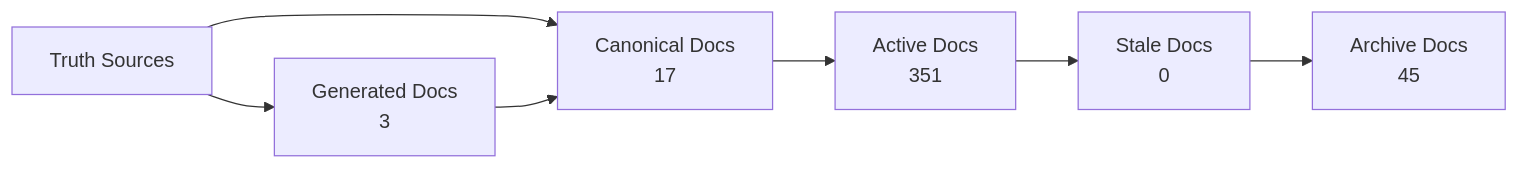
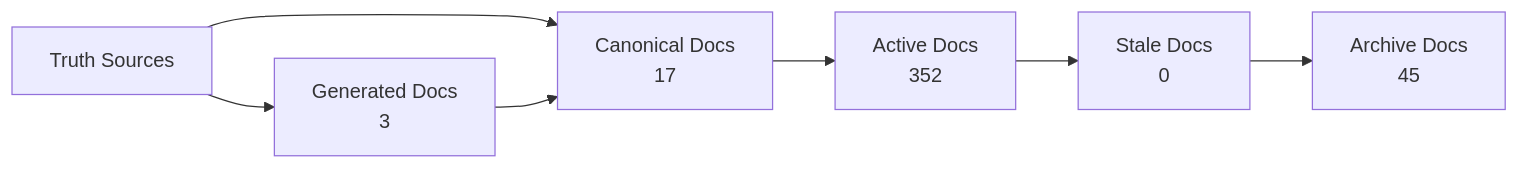
One commit to Latimer-Woods-Tech/Factory changed the diagram in docs/_generated/docs-trust-map.md. Above: the diagram before and after it, drawn with Mermaid. The commit also changed 4 other files, not shown here.

````diff
--- a/docs/_generated/docs-trust-map.md
+++ b/docs/_generated/docs-trust-map.md
@@ -20,14 +20,14 @@
 ```mermaid
 flowchart LR
   truth["Truth Sources"] --> canonical["Canonical Docs"]
   canonical --> active["Active Docs"]
   active --> stale["Stale Docs"]
   stale --> archive["Archive Docs"]
   canonical["Canonical Docs\n17"]
-  active["Active Docs\n351"]
+  active["Active Docs\n352"]
   stale["Stale Docs\n0"]
   archive["Archive Docs\n45"]
   generated["Generated Docs\n3"]
   truth --> generated
   generated --> canonical
 ```
````
